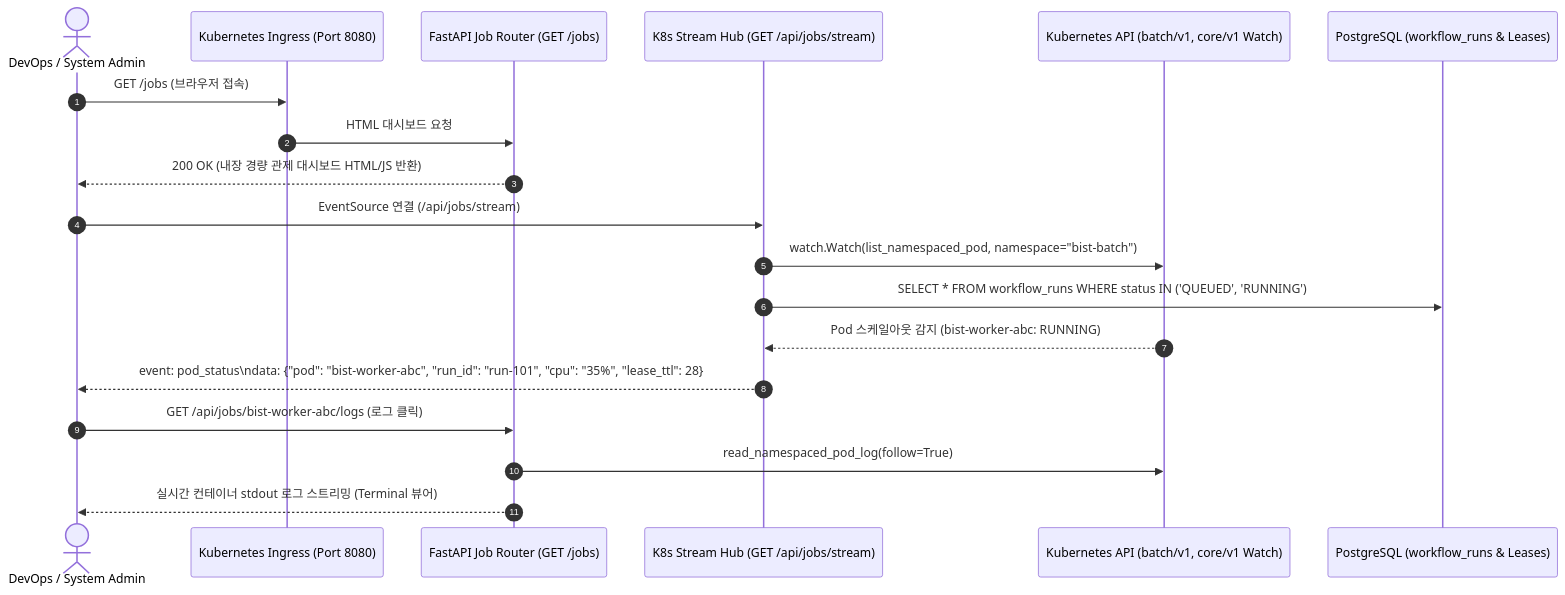
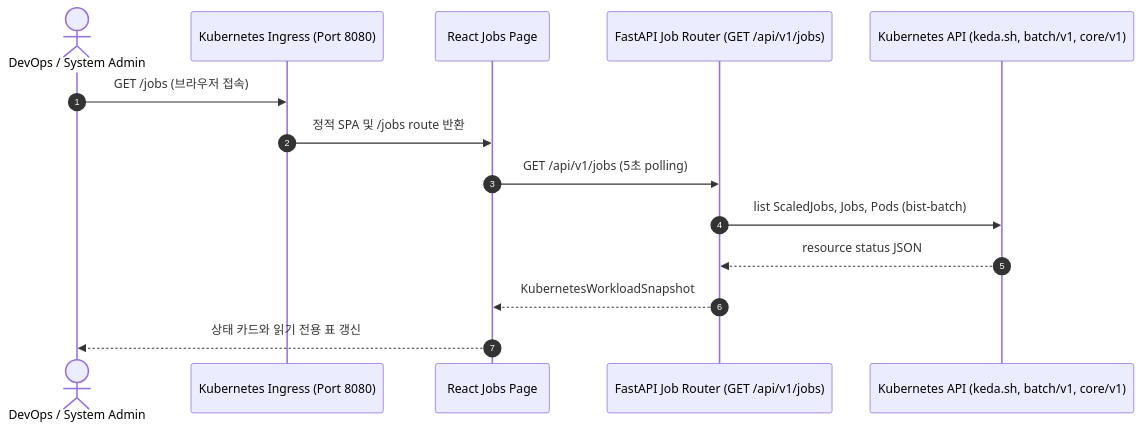
Before and after one commit to bist-mini-final/bist-mini-final: the fourth of 4 diagrams in docs/blueprints/01_system_blueprints/BP-104_deployment_and_infra_topology.md, drawn with Mermaid. The commit also changed other lines of this file and 92 other files, not shown here.

````diff
--- a/docs/blueprints/01_system_blueprints/BP-104_deployment_and_infra_topology.md
+++ b/docs/blueprints/01_system_blueprints/BP-104_deployment_and_infra_topology.md
@@ -226,25 +226,17 @@
 ```mermaid
 sequenceDiagram
     autonumber
     actor Admin as DevOps / System Admin
     participant Ingress as Kubernetes Ingress (Port 8080)
-    participant FastAPI as FastAPI Job Router (GET /jobs)
-    participant SSE as K8s Stream Hub (GET /api/jobs/stream)
-    participant K8s as Kubernetes API (batch/v1, core/v1 Watch)
-    participant DB as PostgreSQL (workflow_runs & Leases)
+    participant SPA as React Jobs Page
+    participant FastAPI as FastAPI Job Router (GET /api/v1/jobs)
+    participant K8s as Kubernetes API (keda.sh, batch/v1, core/v1)
 
     Admin->>Ingress: GET /jobs (브라우저 접속)
-    Ingress->>FastAPI: HTML 대시보드 요청
-    FastAPI-->>Admin: 200 OK (내장 경량 관제 대시보드 HTML/JS 반환)
-
-    Admin->>SSE: EventSource 연결 (/api/jobs/stream)
-    SSE->>K8s: watch.Watch(list_namespaced_pod, namespace="bist-batch")
-    SSE->>DB: SELECT * FROM workflow_runs WHERE status IN ('QUEUED', 'RUNNING')
-
-    K8s-->>SSE: Pod 스케일아웃 감지 (bist-worker-abc: RUNNING)
-    SSE-->>Admin: event: pod_status\ndata: {"pod": "bist-worker-abc", "run_id": "run-101", "cpu": "35%", "lease_ttl": 28}
-
-    Admin->>FastAPI: GET /api/jobs/bist-worker-abc/logs (로그 클릭)
-    FastAPI->>K8s: read_namespaced_pod_log(follow=True)
-    FastAPI-->>Admin: 실시간 컨테이너 stdout 로그 스트리밍 (Terminal 뷰어)
+    Ingress->>SPA: 정적 SPA 및 /jobs route 반환
+    SPA->>FastAPI: GET /api/v1/jobs (5초 polling)
+    FastAPI->>K8s: list ScaledJobs, Jobs, Pods (bist-batch)
+    K8s-->>FastAPI: resource status JSON
+    FastAPI-->>SPA: KubernetesWorkloadSnapshot
+    SPA-->>Admin: 상태 카드와 읽기 전용 표 갱신
 ```
````
